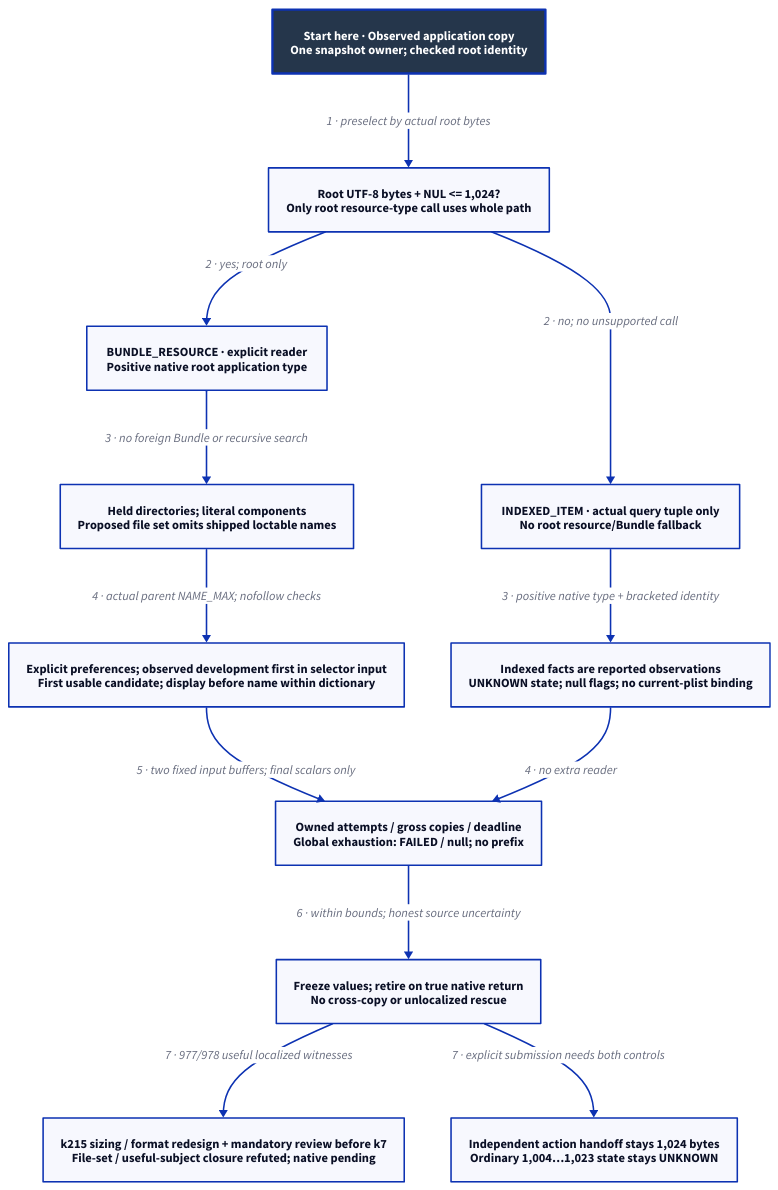
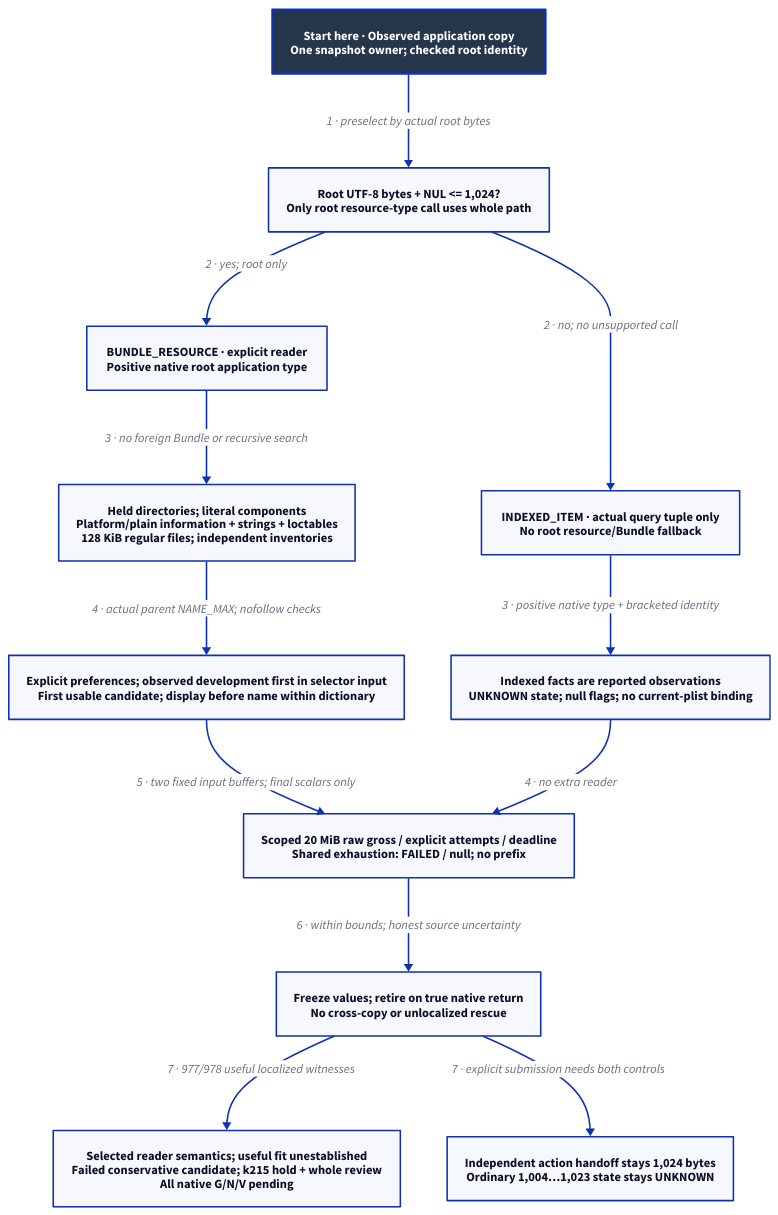
Before and after one commit to Linkuistics/Koine: the diagram in docs/design/architecture/native-localized-decision.d2, drawn with D2. The commit also changed 141 other files, not shown here.

```diff
--- a/docs/design/architecture/native-localized-decision.d2
+++ b/docs/design/architecture/native-localized-decision.d2
@@ -1,27 +1,27 @@
 # Activity view of selected explicit reader; caller-visible admission, native pending.
 direction: down
 classes: {
   start: {style: {fill: "#25364B"; font-color: "#FFFFFF"; bold: true; stroke-width: 3}}
 }
 Start: "Start here · Observed application copy\nOne snapshot owner; checked root identity" {class: start}
 Boundary: "Root UTF-8 bytes + NUL <= 1,024?\nOnly root resource-type call uses whole path"
 Ordinary: "BUNDLE_RESOURCE · explicit reader\nPositive native root application type"
-Plan: "Held directories; literal components\nProposed file set omits shipped loctable names"
+Plan: "Held directories; literal components\nPlatform/plain information + strings + loctables\n128 KiB regular files; independent inventories"
 Names: "Explicit preferences; observed development first in selector input\nFirst usable candidate; display before name within dictionary"
 Indexed: "INDEXED_ITEM · actual query tuple only\nNo root resource/Bundle fallback"
 Unknown: "Indexed facts are reported observations\nUNKNOWN state; null flags; no current-plist binding"
-Gates: "Owned attempts / gross copies / deadline\nGlobal exhaustion: FAILED / null; no prefix"
+Gates: "Scoped 20 MiB raw gross / explicit attempts / deadline\nShared exhaustion: FAILED / null; no prefix"
 Frozen: "Freeze values; retire on true native return\nNo cross-copy or unlocalized rescue"
-Qualification: "k215 sizing / format redesign + mandatory review before k7\nFile-set / useful-subject closure refuted; native pending"
+Qualification: "Selected reader semantics; useful fit unestablished\nFailed conservative candidate; k215 hold + whole review\nAll native G/N/V pending"
 Action: "Independent action handoff stays 1,024 bytes\nOrdinary 1,004…1,023 state stays UNKNOWN"
 Start -> Boundary: "1 · preselect by actual root bytes"
 Boundary -> Ordinary: "2 · yes; root only"
 Boundary -> Indexed: "2 · no; no unsupported call"
 Ordinary -> Plan: "3 · no foreign Bundle or recursive search"
 Plan -> Names: "4 · actual parent NAME_MAX; nofollow checks"
 Names -> Gates: "5 · two fixed input buffers; final scalars only"
 Indexed -> Unknown: "3 · positive native type + bracketed identity"
 Unknown -> Gates: "4 · no extra reader"
 Gates -> Frozen: "6 · within bounds; honest source uncertainty"
 Frozen -> Qualification: "7 · 977/978 useful localized witnesses"
 Frozen -> Action: "7 · explicit submission needs both controls"
```
